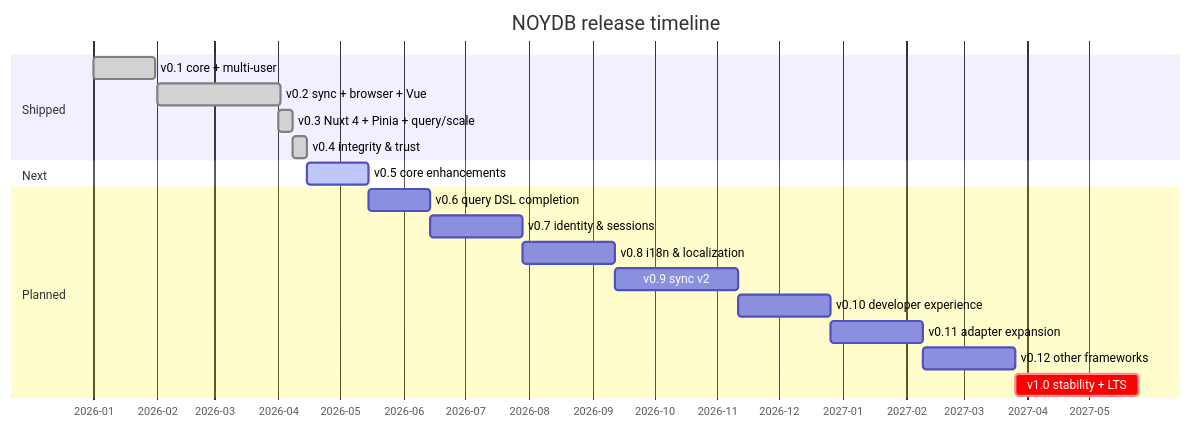
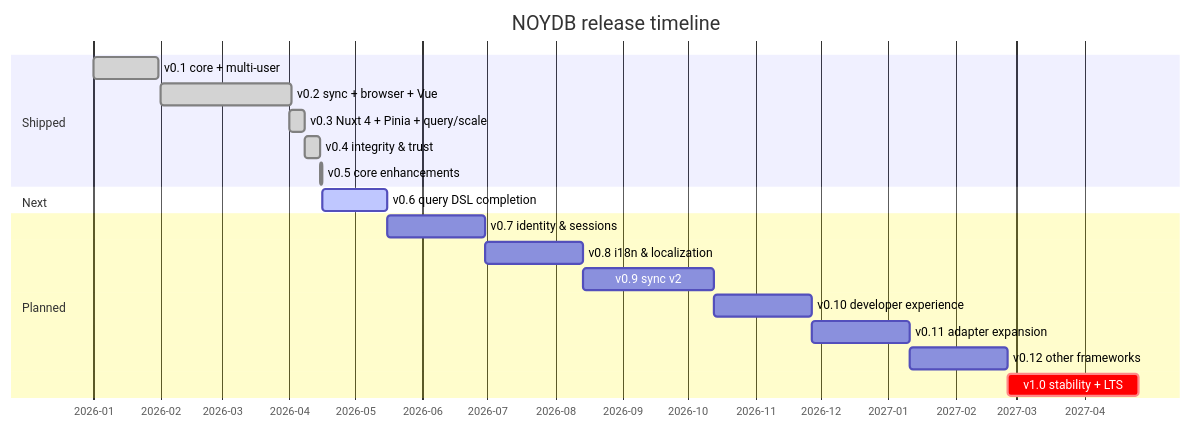
The diagram in ROADMAP.md (vLannaAi/noydb), drawn with Mermaid before and after one commit. The commit also changed other lines of this file and 30 other files, not shown here.

````diff
--- a/ROADMAP.md
+++ b/ROADMAP.md
@@ -43,22 +43,22 @@
 ```mermaid
 gantt
     title NOYDB release timeline
     dateFormat YYYY-MM
     axisFormat %Y-%m
     section Shipped
     v0.1 core + multi-user           :done,    v01, 2026-01, 30d
     v0.2 sync + browser + Vue        :done,    v02, 2026-02, 60d
     v0.3 Nuxt 4 + Pinia + query/scale :done,   v03, 2026-04, 7d
     v0.4 integrity & trust           :done,    v04, after v03, 7d
+    v0.5 core enhancements           :done,    v05, after v04, 1d
     section Next
-    v0.5 core enhancements           :active,  v05, after v04, 30d
+    v0.6 query DSL completion        :active,  v06, after v05, 30d
     section Planned
-    v0.6 query DSL completion        :         v06, after v05, 30d
     v0.7 identity & sessions         :         v07, after v06, 45d
     v0.8 i18n & localization         :         v08, after v07, 45d
     v0.9 sync v2                     :         v09, after v08, 60d
     v0.10 developer experience       :         v010, after v09, 45d
     v0.11 adapter expansion          :         v011, after v010, 45d
     v0.12 other frameworks           :         v012, after v011, 45d
     v1.0 stability + LTS             :crit,    v10, after v012, 60d
 ```
````
